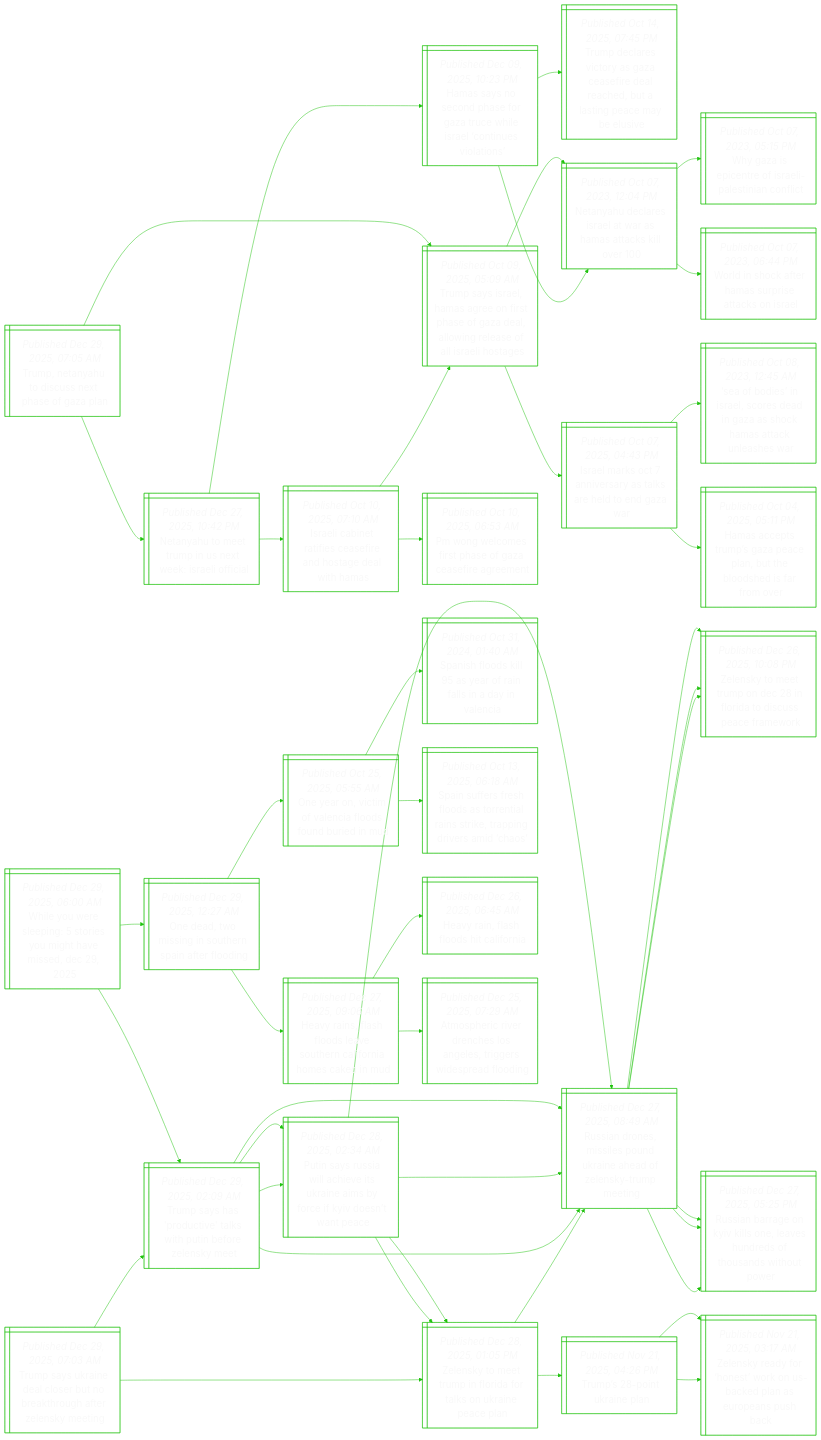
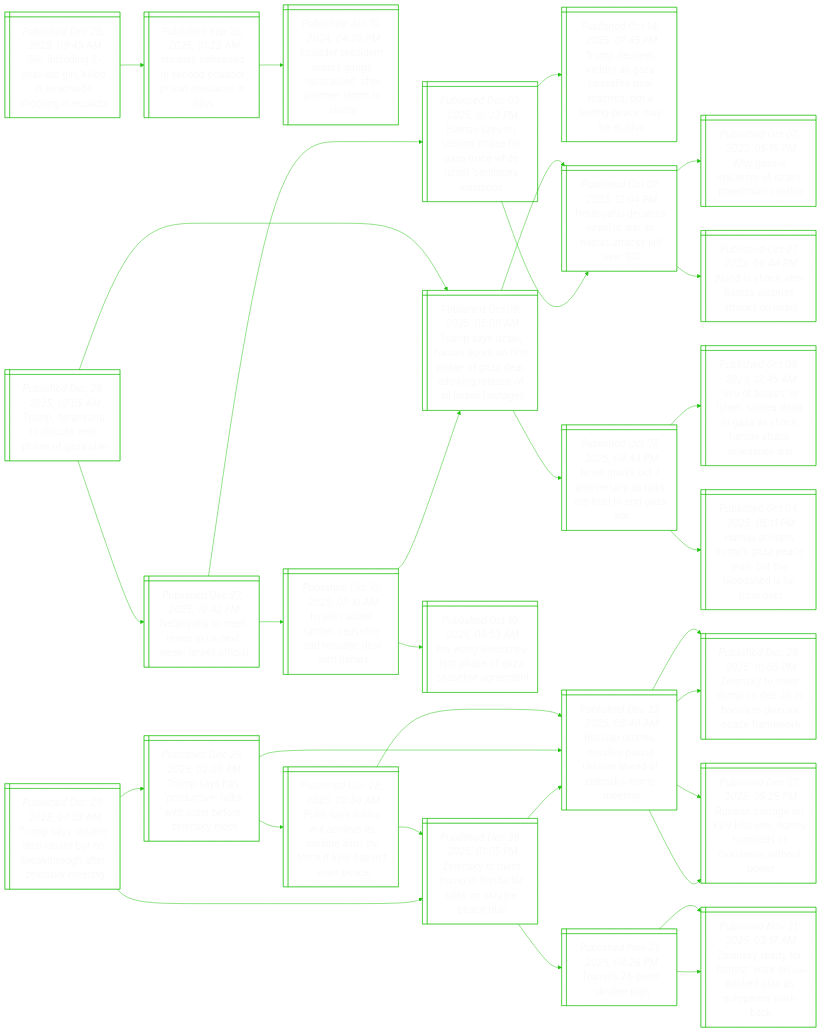
The diagram in README.md (notJmes/notJmes), drawn with Mermaid before and after one commit. The commit also changed other lines of this file, not shown here.

````diff
--- a/README.md
+++ b/README.md
@@ -15,6 +15,16 @@
 %%{init: {'theme':'base', 'themeVariables': {'primaryColor': "transparent", 'primaryTextColor': "#F9F9F9", 'lineColor': "#20C20E", 'primaryBorderColor':'#20C20E'}}}%%
 flowchart LR
 classDef txtsize font-size:20px;
+
+ScnrilnhsiEo@{ shape: win-pane, label: "_Published Dec 29, 2025, 09:45 AM_
+Six, including 2-year-old girl, killed in beachside shooting in ecuador" }
+Ieeioupnan@{ shape: win-pane, label: "_Published Sep 26, 2025, 01:22 AM_
+Inmates beheaded in second ecuador prison massacre in days" }
+EostrgtstntVi@{ shape: win-pane, label: "_Published Jan 10, 2024, 04:20 PM_
+Ecuador president orders gangs ‘neutralised’ after gunmen storm tv studio" }
+
+ScnrilnhsiEo:::txtsize --> Ieeioupnan:::txtsize
+Ieeioupnan:::txtsize --> EostrgtstntVi:::txtsize
 
 TNyouxsaa@{ shape: win-pane, label: "_Published Dec 29, 2025, 07:05 AM_
 Trump, netanyahu to discuss next phase of gaza plan" }
@@ -108,50 +118,4 @@
 Psuwcekebcyeaa:::txtsize --> RanssdieZsue:::txtsize
 Psuwcekebcyeaa:::txtsize --> Zsmrnirsrpp:::txtsize
 
-WYresemhiD@{ shape: win-pane, label: "_Published Dec 29, 2025, 06:00 AM_
-While you were sleeping: 5 stories you might have missed, dec 29, 2025" }
-Tsadvkhnrem@{ shape: win-pane, label: "_Published Dec 29, 2025, 02:09 AM_
-Trump says has 'productive' talks with putin before zelensky meet" }
-RanssdieZsue@{ shape: win-pane, label: "_Published Dec 27, 2025, 08:49 AM_
-Russian drones, missiles pound ukraine ahead of zelensky-trump meeting" }
-Zsmrnnidscmk@{ shape: win-pane, label: "_Published Dec 26, 2025, 10:08 PM_
-Zelensky to meet trump on dec 28 in florida to discuss peace framework" }
-Rarnkoaudhntp@{ shape: win-pane, label: "_Published Dec 27, 2025, 05:25 PM_
-Russian barrage on kyiv kills one, leaves hundreds of thousands without power" }
-Psuwcekebcyeaa@{ shape: win-pane, label: "_Published Dec 28, 2025, 02:34 AM_
-Putin says russia will achieve its ukraine aims by force if kyiv doesn’t want peace" }
-RanssdieZsue@{ shape: win-pane, label: "_Published Dec 27, 2025, 08:49 AM_
-Russian drones, missiles pound ukraine ahead of zelensky-trump meeting" }
-Zsmrnirsrpp@{ shape: win-pane, label: "_Published Dec 28, 2025, 01:05 PM_
-Zelensky to meet trump in florida for talks on ukraine peace plan" }
-Oamnorieo@{ shape: win-pane, label: "_Published Dec 29, 2025, 12:27 AM_
-One dead, two missing in southern spain after flooding" }
-Oaioefsdeu@{ shape: win-pane, label: "_Published Oct 25, 2025, 05:55 AM_
-One year on, victim of valencia floods found buried in mud" }
-Ssoleranie@{ shape: win-pane, label: "_Published Oct 31, 2024, 01:40 AM_
-Spanish floods kill 95 as year of rain falls in a day in valencia" }
-Ssrsotnrseprsc@{ shape: win-pane, label: "_Published Oct 13, 2025, 06:18 AM_
-Spain suffers fresh floods as torrential rains strike, trapping drivers amid ‘chaos’" }
-Hrffseharoan@{ shape: win-pane, label: "_Published Dec 27, 2025, 09:06 AM_
-Heavy rains, flash floods leave southern california homes caked in mud" }
-Hrllhln@{ shape: win-pane, label: "_Published Dec 26, 2025, 06:45 AM_
-Heavy rain, flash floods hit california" }
-Apcrcoerreao@{ shape: win-pane, label: "_Published Dec 25, 2025, 07:29 AM_
-Atmospheric river drenches los angeles, triggers widespread flooding" }
-
-WYresemhiD:::txtsize --> Tsadvkhnrem:::txtsize
-Tsadvkhnrem:::txtsize --> RanssdieZsue:::txtsize
-RanssdieZsue:::txtsize --> Zsmrnnidscmk:::txtsize
-RanssdieZsue:::txtsize --> Rarnkoaudhntp:::txtsize
-Tsadvkhnrem:::txtsize --> Psuwcekebcyeaa:::txtsize
-Psuwcekebcyeaa:::txtsize --> RanssdieZsue:::txtsize
-Psuwcekebcyeaa:::txtsize --> Zsmrnirsrpp:::txtsize
-WYresemhiD:::txtsize --> Oamnorieo:::txtsize
-Oamnorieo:::txtsize --> Oaioefsdeu:::txtsize
-Oaioefsdeu:::txtsize --> Ssoleranie:::txtsize
-Oaioefsdeu:::txtsize --> Ssrsotnrseprsc:::txtsize
-Oamnorieo:::txtsize --> Hrffseharoan:::txtsize
-Hrffseharoan:::txtsize --> Hrllhln:::txtsize
-Hrffseharoan:::txtsize --> Apcrcoerreao:::txtsize
-
 ```
````
